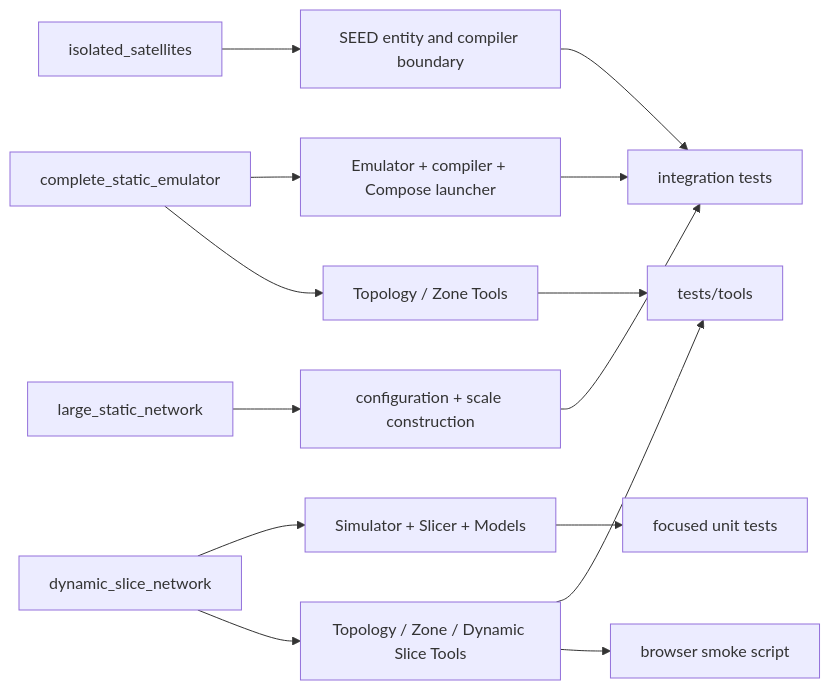
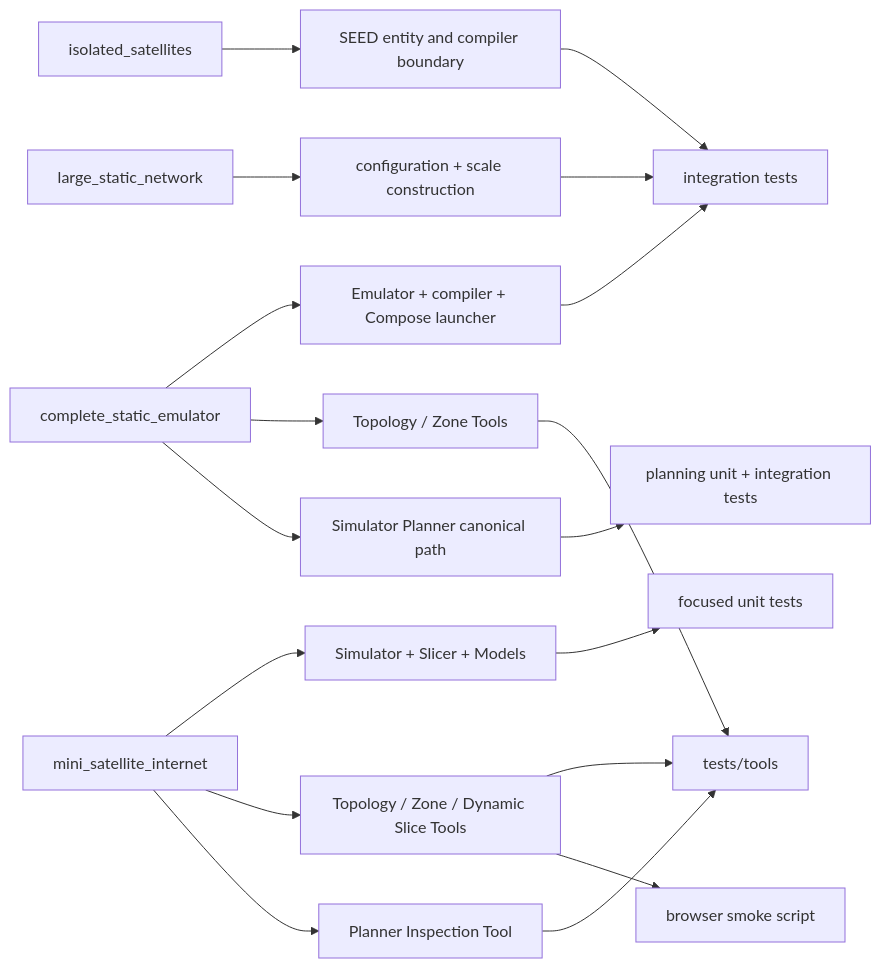
One commit to seed-labs/skyseed changed the diagram in skyseed_v2/docs/human-readable/traceability-map.md. Above: the diagram before and after it, drawn with Mermaid. The commit also changed other lines of this file and 64 other files, not shown here.

````diff
--- a/skyseed_v2/docs/human-readable/traceability-map.md
+++ b/skyseed_v2/docs/human-readable/traceability-map.md
@@ -7,17 +7,21 @@
 ```mermaid
 flowchart LR
     CE["complete_static_emulator"] --> EM["Emulator + compiler + Compose launcher"]
     CE --> TZ["Topology / Zone Tools"]
-    DN["dynamic_slice_network"] --> DS["Simulator + Slicer + Models"]
+    CE --> PL["Simulator Planner canonical path"]
+    DN["mini_satellite_internet"] --> DS["Simulator + Slicer + Models"]
     DN --> DT["Topology / Zone / Dynamic Slice Tools"]
+    DN --> PT["Planner Inspection Tool"]
     IS["isolated_satellites"] --> SE["SEED entity and compiler boundary"]
     LS["large_static_network"] --> SC["configuration + scale construction"]
 
     EM --> ITEST["integration tests"]
     DS --> UTEST["focused unit tests"]
+    PL --> PTEST["planning unit + integration tests"]
     TZ --> TTEST["tests/tools"]
     DT --> TTEST
     DT --> BROWSER["browser smoke script"]
+    PT --> TTEST
     SE --> ITEST
     SC --> ITEST
 ```
````
